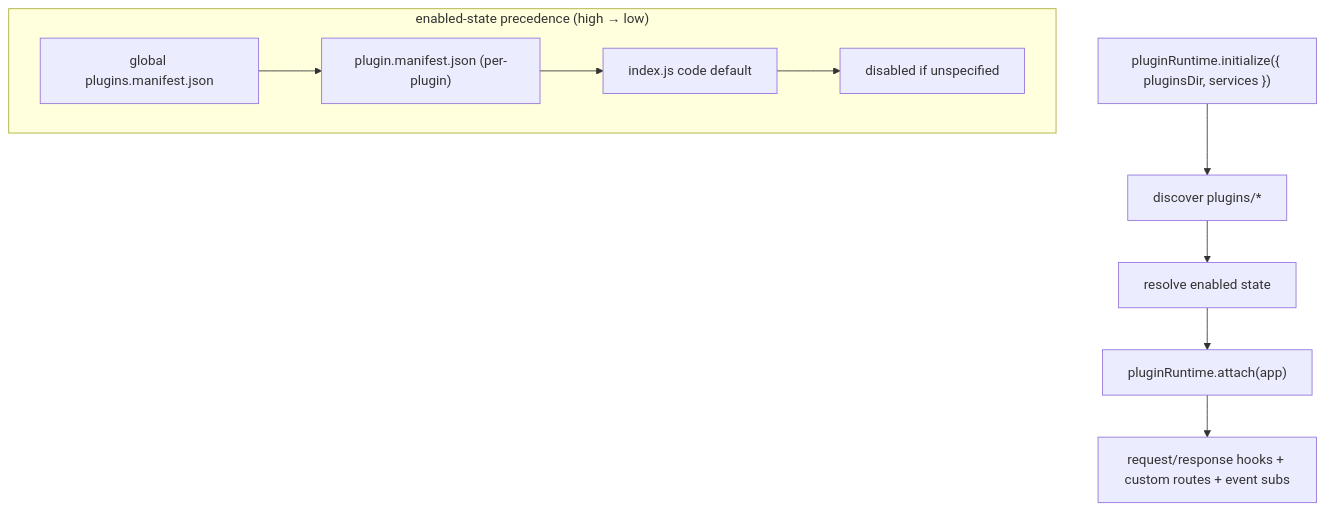
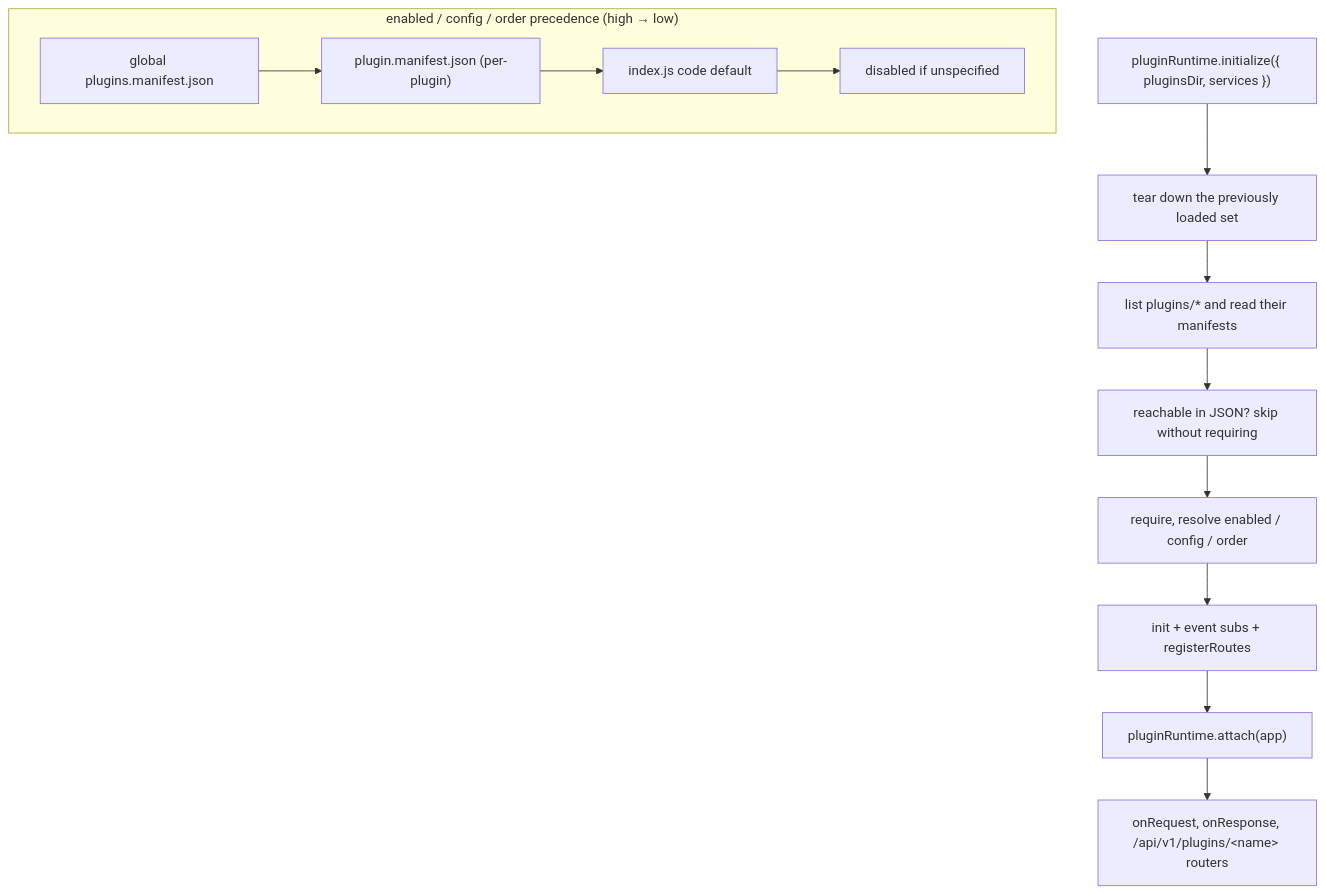
One commit to jaktestowac/rolnopol changed diagram 12 of 13 in ARCHITECTURE.md. Above: the diagram before and after it, drawn with Mermaid. The commit also changed other lines of this file and 447 other files, not shown here.

````diff
--- a/ARCHITECTURE.md
+++ b/ARCHITECTURE.md
@@ -381,11 +406,14 @@
 ```mermaid
 graph TD
-    Init["pluginRuntime.initialize({ pluginsDir, services })"] --> Disc["discover plugins/*"]
-    Disc --> Res["resolve enabled state"]
-    Res --> Attach["pluginRuntime.attach(app)"]
-    Attach --> Hooks["request/response hooks + custom routes + event subs"]
+    Init["pluginRuntime.initialize({ pluginsDir, services })"] --> Down["tear down the previously loaded set"]
+    Down --> Disc["list plugins/* and read their manifests"]
+    Disc --> Gate["reachable in JSON? skip without requiring"]
+    Gate --> Req["require, resolve enabled / config / order"]
+    Req --> InitHook["init + event subs + registerRoutes"]
+    InitHook --> Attach["pluginRuntime.attach(app)"]
+    Attach --> Hooks["onRequest, onResponse, /api/v1/plugins/&lt;name&gt; routers"]
 
-    subgraph Precedence["enabled-state precedence (high → low)"]
+    subgraph Precedence["enabled / config / order precedence (high → low)"]
         G["global plugins.manifest.json"] --> L["plugin.manifest.json (per-plugin)"] --> Code["index.js code default"] --> Off["disabled if unspecified"]
     end
 ```
````
